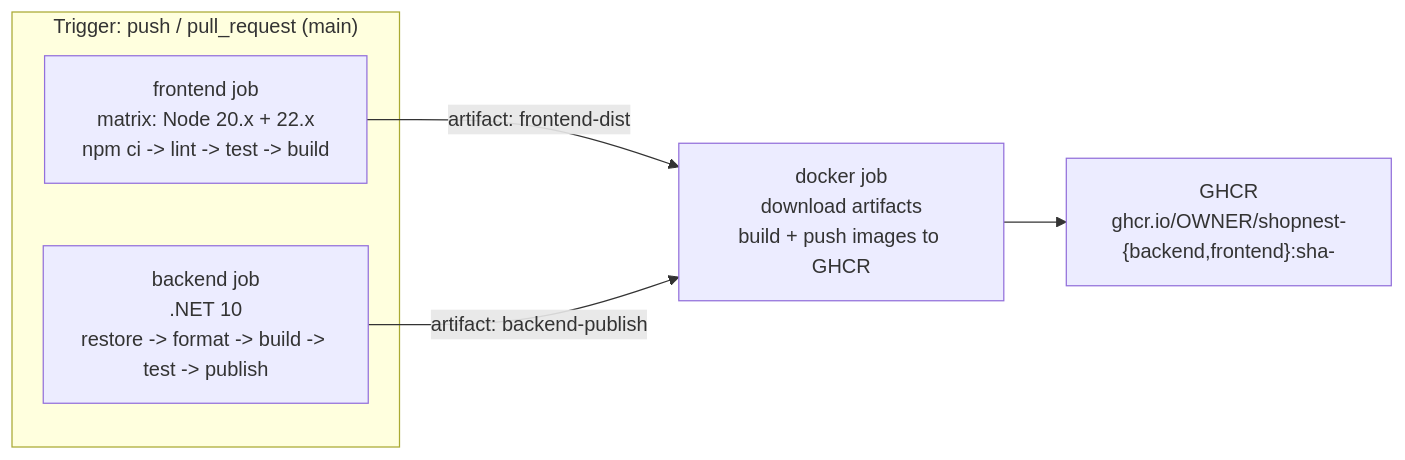
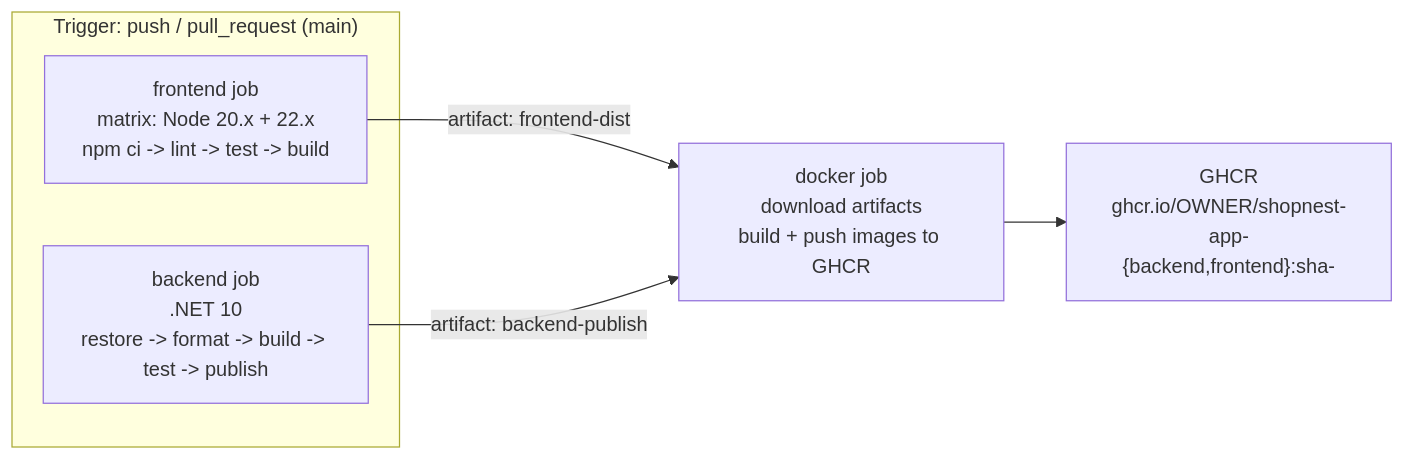
Before and after one commit to arifuzzaman-hredoy/DevOps-Module-5-Assignment: the second of 2 diagrams in README.md, drawn with Mermaid. The commit also changed 8 other files, not shown here.

````diff
--- a/README.md
+++ b/README.md
@@ -145,10 +145,10 @@
 ```mermaid
 flowchart LR
     subgraph PR["Trigger: push / pull_request (main)"]
       F["frontend job<br/>matrix: Node 20.x + 22.x<br/>npm ci -> lint -> test -> build"]
       B["backend job<br/>.NET 10<br/>restore -> format -> build -> test -> publish"]
     end
     F -->|artifact: frontend-dist| D["docker job<br/>download artifacts<br/>build + push images to GHCR"]
     B -->|artifact: backend-publish| D
-    D --> R["GHCR<br/>ghcr.io/OWNER/shopnest-{backend,frontend}:sha-<commit>"]
+    D --> R["GHCR<br/>ghcr.io/OWNER/shopnest-app-{backend,frontend}:sha-<commit>"]
 ```
````
